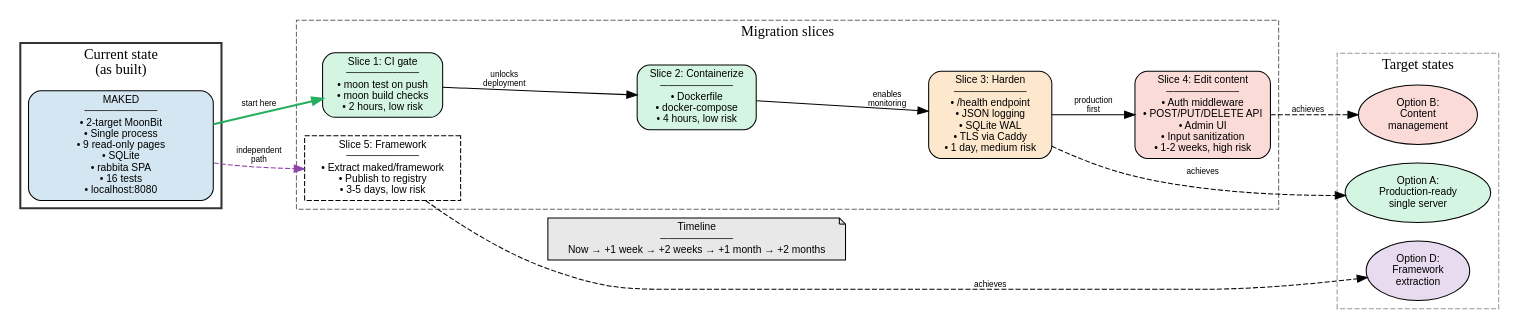
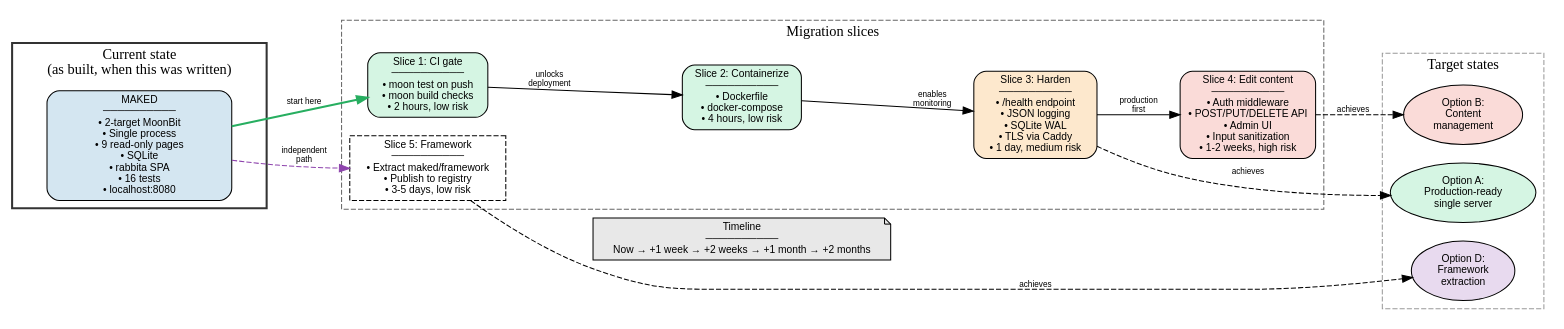
Before and after one commit to riantr/MAKED: the diagram in architecture/evolution.dot, drawn with Graphviz. The commit also changed 16 other files, not shown here.

```diff
--- a/architecture/evolution.dot
+++ b/architecture/evolution.dot
@@ -1,102 +1,106 @@
 // MAKED Evolution Roadmap &mdash; Graphviz DOT
 // Skill: evolution-planner + graphviz
 //
 // Shows the migration slices as a timeline with dependencies.
 // Render: dot -Tsvg evolution.dot -o evolution.svg
 
 digraph maked_evolution {
   rankdir=LR
   node [shape=box, style="rounded,filled", fontname="Helvetica", fontsize=10]
   edge [fontname="Helvetica", fontsize=8]
 
   // --- Current state ---
+  //
+  // The state as it was when the plan was written. Every slice below has
+  // since been implemented; this graph is kept as the reasoning, not as a
+  // description of the system today.
   subgraph cluster_current {
-    label="Current state\n(as built)"
+    label="Current state\n(as built, when this was written)"
     style=bold
     color="#333333"
     fillcolor="#f9f9f9"
 
     current [
       label="MAKED\n──────────\n• 2-target MoonBit\n• Single process\n• 9 read-only pages\n• SQLite\n• rabbita SPA\n• 16 tests\n• localhost:8080"
       fillcolor="#d4e6f1"
       width=2.5
     ]
   }
 
   // --- Slices ---
   subgraph cluster_slices {
     label="Migration slices"
     style=dashed
     color="#666666"
 
     slice1 [
       label="Slice 1: CI gate\n──────────\n• moon test on push\n• moon build checks\n• 2 hours, low risk"
       fillcolor="#d5f5e3"
     ]
 
     slice2 [
       label="Slice 2: Containerize\n──────────\n• Dockerfile\n• docker-compose\n• 4 hours, low risk"
       fillcolor="#d5f5e3"
     ]
 
     slice3 [
       label="Slice 3: Harden\n──────────\n• /health endpoint\n• JSON logging\n• SQLite WAL\n• TLS via Caddy\n• 1 day, medium risk"
       fillcolor="#fde8cd"
     ]
 
     slice4 [
       label="Slice 4: Edit content\n──────────\n• Auth middleware\n• POST/PUT/DELETE API\n• Admin UI\n• Input sanitization\n• 1-2 weeks, high risk"
       fillcolor="#fadbd8"
     ]
 
     slice5 [
       label="Slice 5: Framework\n──────────\n• Extract maked/framework\n• Publish to registry\n• 3-5 days, low risk"
       fillcolor="#e8daef"
       style=dashed
     ]
   }
 
   // --- Target states ---
   subgraph cluster_targets {
     label="Target states"
     style=dashed
     color="#999999"
 
     target_a [
       label="Option A:\nProduction-ready\nsingle server"
       shape=ellipse
       fillcolor="#d5f5e3"
     ]
 
     target_b [
       label="Option B:\nContent\nmanagement"
       shape=ellipse
       fillcolor="#fadbd8"
     ]
 
     target_d [
       label="Option D:\nFramework\nextraction"
       shape=ellipse
       fillcolor="#e8daef"
     ]
   }
 
   // --- Edges ---
   current -> slice1 [label="start here", penwidth=2, color="#27ae60"]
   slice1 -> slice2 [label="unlocks\ndeployment"]
   slice2 -> slice3 [label="enables\nmonitoring"]
   slice3 -> slice4 [label="production\nfirst"]
   slice3 -> target_a [style=dashed, label="achieves"]
   slice4 -> target_b [style=dashed, label="achieves"]
   current -> slice5 [style=dashed, label="independent\npath", color="#8e44ad"]
   slice5 -> target_d [style=dashed, label="achieves"]
 
   // --- Timeline annotation ---
   timeline [
     label="Timeline\n──────────\nNow → +1 week → +2 weeks → +1 month → +2 months"
     shape=note
     fillcolor="#e8e8e8"
   ]
 
   slice1 -> timeline [style=invis]
 }
```
